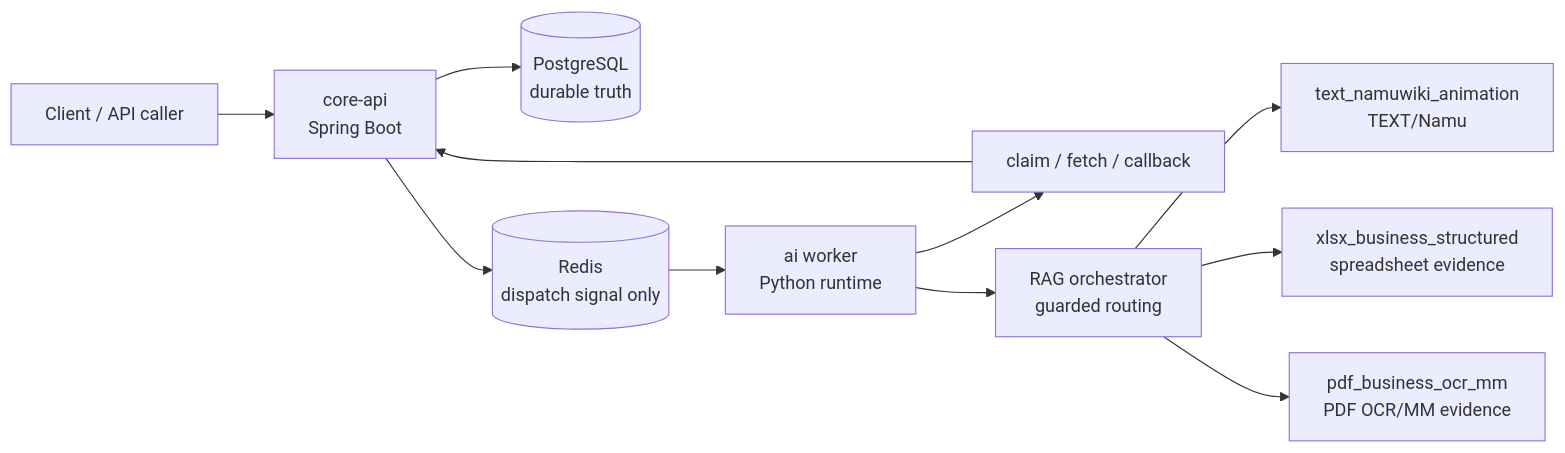
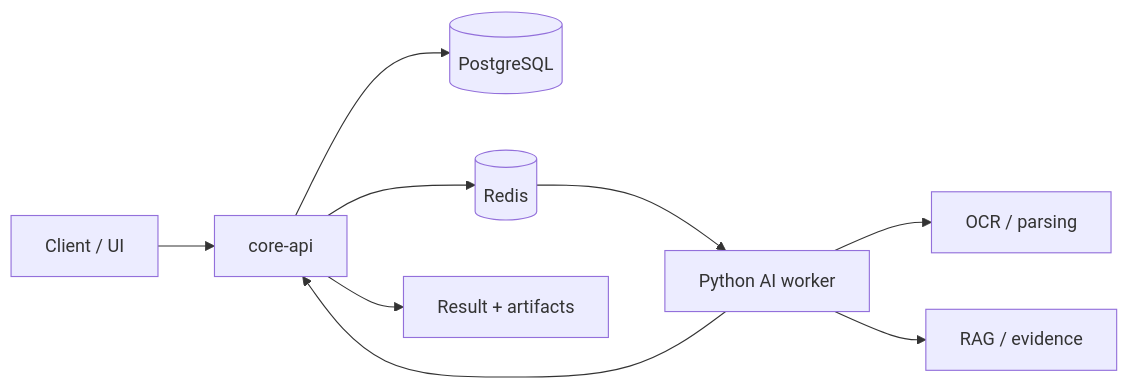
One commit to sfr9802/async-ai-document-pipeline-with-domain-rag changed the diagram in README.md. Above: the diagram before and after it, drawn with Mermaid. The commit also changed other lines of this file, not shown here.

````diff
--- a/README.md
+++ b/README.md
@@ -100,13 +56,11 @@
 ```mermaid
 flowchart LR
-    Client["Client / API caller"] --> Core["core-api<br/>Spring Boot"]
-    Core --> DB[("PostgreSQL<br/>durable truth")]
-    Core --> Redis[("Redis<br/>dispatch signal only")]
-    Redis --> Worker["ai worker<br/>Python runtime"]
-    Worker --> Claim["claim / fetch / callback"]
-    Claim --> Core
-    Worker --> Orchestrator["RAG orchestrator<br/>guarded routing"]
-    Orchestrator --> Text["text_namuwiki_animation<br/>TEXT/Namu"]
-    Orchestrator --> Xlsx["xlsx_business_structured<br/>spreadsheet evidence"]
-    Orchestrator --> Pdf["pdf_business_ocr_mm<br/>PDF OCR/MM evidence"]
+    Client["Client / UI"] --> Core["core-api"]
+    Core --> DB[("PostgreSQL")]
+    Core --> Redis[("Redis")]
+    Redis --> Worker["Python AI worker"]
+    Worker --> OCR["OCR / parsing"]
+    Worker --> RAG["RAG / evidence"]
+    Worker --> Core
+    Core --> Result["Result + artifacts"]
 ```
````
